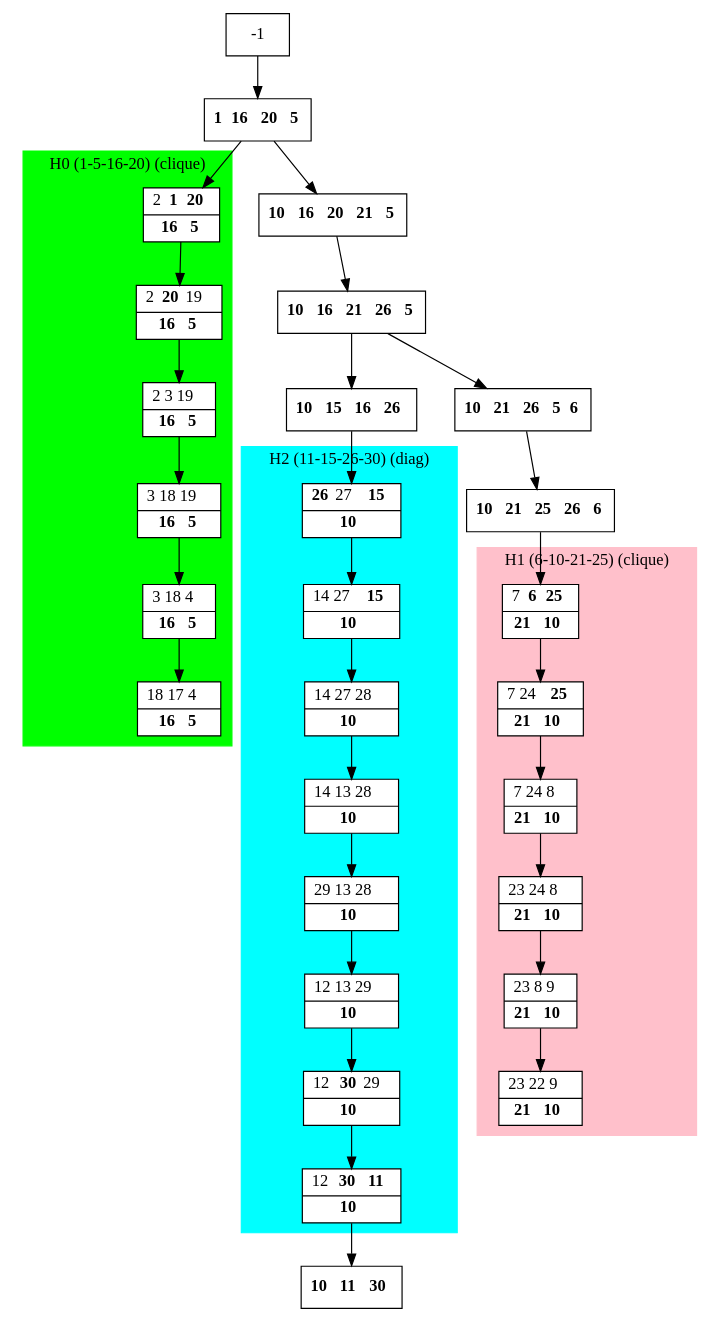
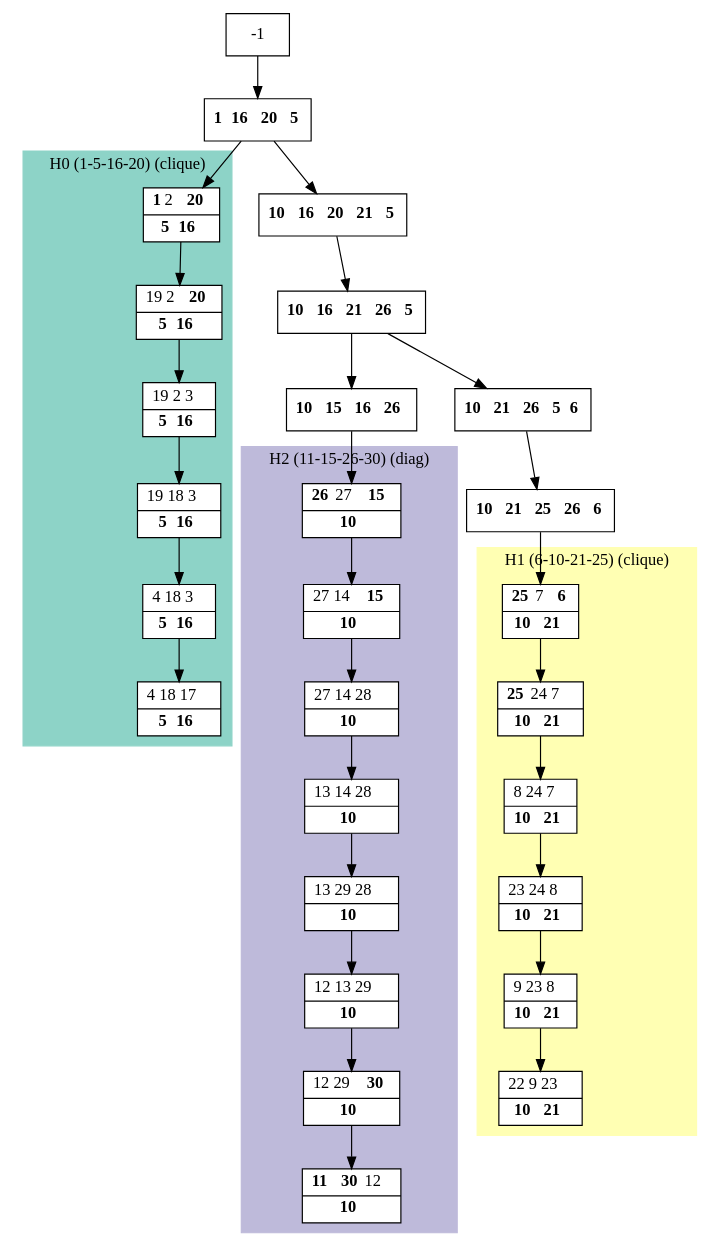
One commit to bmarchand/auto-dp changed the diagram in results/dot_files/processed_L.dot. Above: the diagram before and after it, drawn with Graphviz. The commit also changed 93 other files, not shown here.

```diff
--- a/results/dot_files/processed_L.dot
+++ b/results/dot_files/processed_L.dot
@@ -1,64 +1,62 @@
 digraph G {
     node [shape=box];
     subgraph cluster0 {
         node [style=filled,fillcolor=white];
         labeljust="l";
         style=filled;
-        color=lime;
+        color="#8DD3C7";
         H0_0 -> H0_1 -> H0_2 -> H0_3 -> H0_4 -> H0_5;
         label="H0 (1-5-16-20) (clique)";
     }
     subgraph cluster1 {
         node [style=filled,fillcolor=white];
         labeljust="l";
         style=filled;
-        color=pink;
+        color="#FFFFB3";
         H1_0 -> H1_1 -> H1_2 -> H1_3 -> H1_4 -> H1_5;
         label="H1 (6-10-21-25) (clique)";
     }
     subgraph cluster2 {
         node [style=filled,fillcolor=white];
         labeljust="l";
         style=filled;
-        color=cyan;
+        color="#BEBADA";
         H2_7 -> H2_6 -> H2_5 -> H2_4 -> H2_3 -> H2_2 -> H2_1 -> H2_0;
         label="H2 (11-15-26-30) (diag)";
     }
      1 [shape=record,label= <{ <b>1</b> <b>16</b> <b>20</b> <b>5</b>}> ];
      -1  ->  1;
-     H0_0 [shape=record,label= <{ 2 <b>1</b> <b>20</b>|  <b>16</b> <b>5</b>}> ];
+     H0_0 [shape=record,label= <{ <b>1</b> 2 <b>20</b>|  <b>5</b> <b>16</b>}> ];
      1  ->  H0_0;
-     H0_1 [shape=record,label= <{ 2 <b>20</b> 19|  <b>16</b> <b>5</b>}> ];
-     H0_2 [shape=record,label= <{ 2 3 19|  <b>16</b> <b>5</b>}> ];
-     H0_3 [shape=record,label= <{ 3 18 19|  <b>16</b> <b>5</b>}> ];
-     H0_4 [shape=record,label= <{ 3 18 4|  <b>16</b> <b>5</b>}> ];
-     H0_5 [shape=record,label= <{ 18 17 4|  <b>16</b> <b>5</b>}> ];
+     H0_1 [shape=record,label= <{ 19 2 <b>20</b>|  <b>5</b> <b>16</b>}> ];
+     H0_2 [shape=record,label= <{ 19 2 3|  <b>5</b> <b>16</b>}> ];
+     H0_3 [shape=record,label= <{ 19 18 3|  <b>5</b> <b>16</b>}> ];
+     H0_4 [shape=record,label= <{ 4 18 3|  <b>5</b> <b>16</b>}> ];
+     H0_5 [shape=record,label= <{ 4 18 17|  <b>5</b> <b>16</b>}> ];
      18 [shape=record,label= <{ <b>10</b> <b>16</b> <b>20</b> <b>21</b> <b>5</b>}> ];
      1  ->  18;
      16 [shape=record,label= <{ <b>10</b> <b>16</b> <b>21</b> <b>26</b> <b>5</b>}> ];
      18  ->  16;
      9 [shape=record,label= <{ <b>10</b> <b>21</b> <b>26</b> <b>5</b> <b>6</b>}> ];
      16  ->  9;
      11 [shape=record,label= <{ <b>10</b> <b>21</b> <b>25</b> <b>26</b> <b>6</b>}> ];
      9  ->  11;
-     H1_0 [shape=record,label= <{ 7 <b>6</b> <b>25</b>|  <b>21</b> <b>10</b>}> ];
+     H1_0 [shape=record,label= <{ <b>25</b> 7 <b>6</b>|  <b>10</b> <b>21</b>}> ];
      11  ->  H1_0;
-     H1_1 [shape=record,label= <{ 7 24 <b>25</b>|  <b>21</b> <b>10</b>}> ];
-     H1_2 [shape=record,label= <{ 7 24 8|  <b>21</b> <b>10</b>}> ];
-     H1_3 [shape=record,label= <{ 23 24 8|  <b>21</b> <b>10</b>}> ];
-     H1_4 [shape=record,label= <{ 23 8 9|  <b>21</b> <b>10</b>}> ];
-     H1_5 [shape=record,label= <{ 23 22 9|  <b>21</b> <b>10</b>}> ];
+     H1_1 [shape=record,label= <{ <b>25</b> 24 7|  <b>10</b> <b>21</b>}> ];
+     H1_2 [shape=record,label= <{ 8 24 7|  <b>10</b> <b>21</b>}> ];
+     H1_3 [shape=record,label= <{ 23 24 8|  <b>10</b> <b>21</b>}> ];
+     H1_4 [shape=record,label= <{ 9 23 8|  <b>10</b> <b>21</b>}> ];
+     H1_5 [shape=record,label= <{ 22 9 23|  <b>10</b> <b>21</b>}> ];
      17 [shape=record,label= <{ <b>10</b> <b>15</b> <b>16</b> <b>26</b>}> ];
      16  ->  17;
      H2_7 [shape=record,label= <{ <b>26</b> 27 <b>15</b>|  <b>10</b>}> ];
      17  ->  H2_7;
-     H2_6 [shape=record,label= <{ 14 27 <b>15</b>|  <b>10</b>}> ];
-     H2_5 [shape=record,label= <{ 14 27 28|  <b>10</b>}> ];
-     H2_4 [shape=record,label= <{ 14 13 28|  <b>10</b>}> ];
-     H2_3 [shape=record,label= <{ 29 13 28|  <b>10</b>}> ];
+     H2_6 [shape=record,label= <{ 27 14 <b>15</b>|  <b>10</b>}> ];
+     H2_5 [shape=record,label= <{ 27 14 28|  <b>10</b>}> ];
+     H2_4 [shape=record,label= <{ 13 14 28|  <b>10</b>}> ];
+     H2_3 [shape=record,label= <{ 13 29 28|  <b>10</b>}> ];
      H2_2 [shape=record,label= <{ 12 13 29|  <b>10</b>}> ];
-     H2_1 [shape=record,label= <{ 12 <b>30</b> 29|  <b>10</b>}> ];
-     H2_0 [shape=record,label= <{ 12 <b>30</b> <b>11</b>|  <b>10</b>}> ];
-     24 [shape=record,label= <{ <b>10</b> <b>11</b> <b>30</b>}> ];
-     H2_0  ->  24;
+     H2_1 [shape=record,label= <{ 12 29 <b>30</b>|  <b>10</b>}> ];
+     H2_0 [shape=record,label= <{ <b>11</b> <b>30</b> 12|  <b>10</b>}> ];
 }
```
